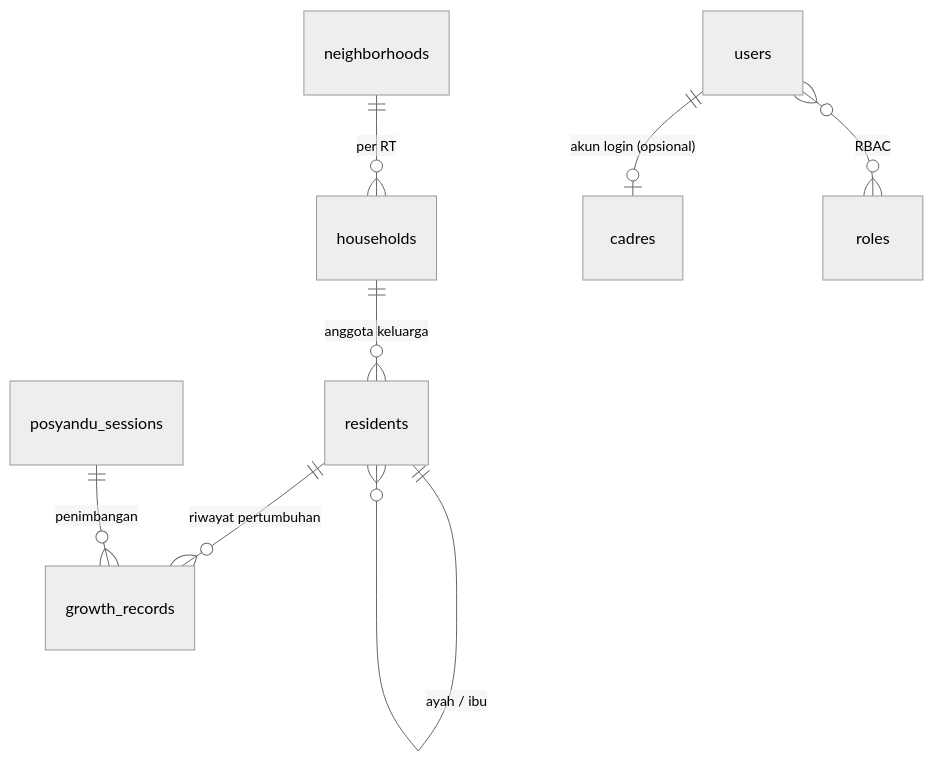
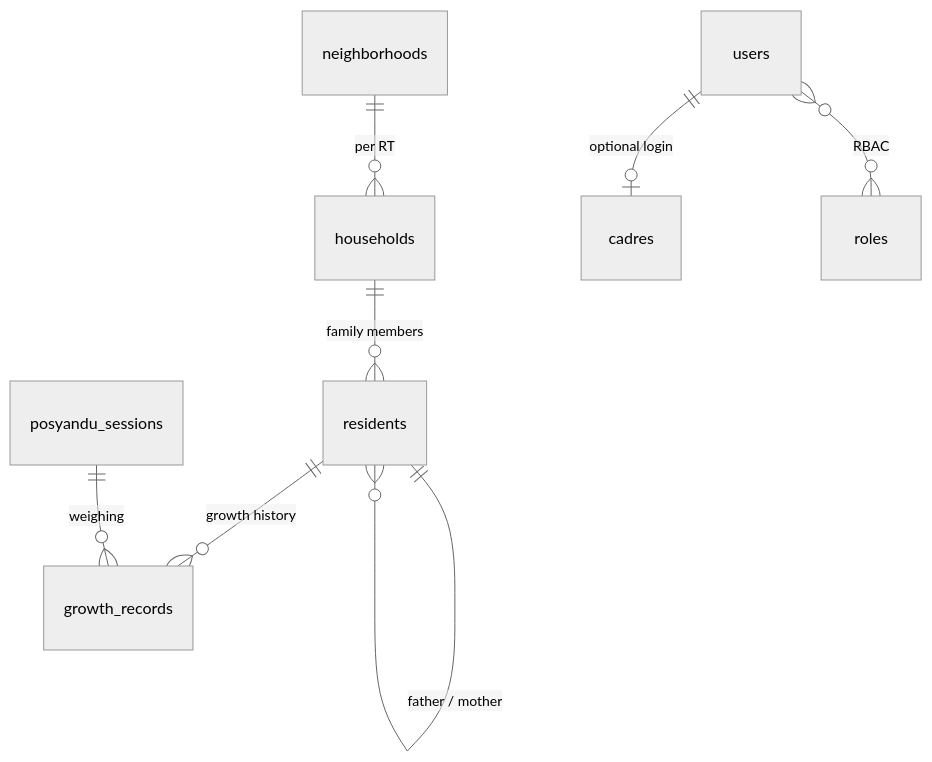
Before and after one commit to FazryJavier/Posyandu-SedapMalam: the diagram in README.md, drawn with Mermaid (neutral theme). The commit also changed other lines of this file, not shown here.

````diff
--- a/README.md
+++ b/README.md
@@ -87,10 +96,10 @@
 ```mermaid
 erDiagram
     neighborhoods ||--o{ households : "per RT"
-    households ||--o{ residents : "anggota keluarga"
-    residents ||--o{ residents : "ayah / ibu"
-    residents ||--o{ growth_records : "riwayat pertumbuhan"
-    posyandu_sessions ||--o{ growth_records : "penimbangan"
-    users ||--o| cadres : "akun login (opsional)"
+    households ||--o{ residents : "family members"
+    residents ||--o{ residents : "father / mother"
+    residents ||--o{ growth_records : "growth history"
+    posyandu_sessions ||--o{ growth_records : "weighing"
+    users ||--o| cadres : "optional login"
     users }o--o{ roles : "RBAC"
 ```
````
